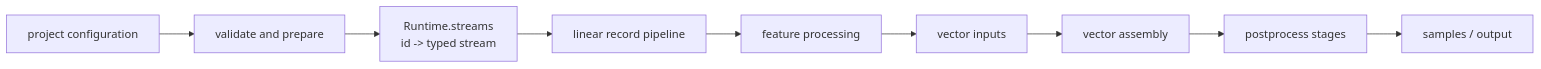
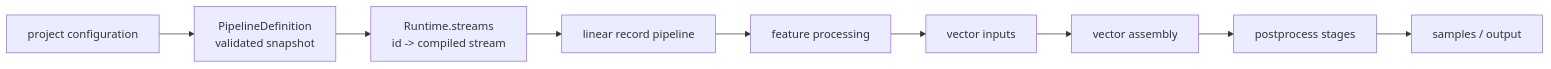
The diagram in docs/architecture.md (mr-lovalova/datapipeline), drawn with Mermaid before and after one commit. The commit also changed other lines of this file and 419 other files, not shown here.

First line of the commit message:
Complete v5 project and execution architecture

````diff
--- a/docs/architecture.md
+++ b/docs/architecture.md
@@ -28,9 +33,9 @@
 ```mermaid
 flowchart LR
-  config["project configuration"] --> bootstrap["validate and prepare"]
-  bootstrap --> runtime["Runtime.streams<br/>id -> typed stream"]
+  config["project configuration"] --> definition["PipelineDefinition<br/>validated snapshot"]
+  definition --> runtime["Runtime.streams<br/>id -> compiled stream"]
   runtime --> records["linear record pipeline"]
   records --> feature["feature processing"] --> inputs["vector inputs"]
   inputs --> vectors["vector assembly"] --> postprocess["postprocess stages"]
   postprocess --> output["samples / output"]
 ```
````
